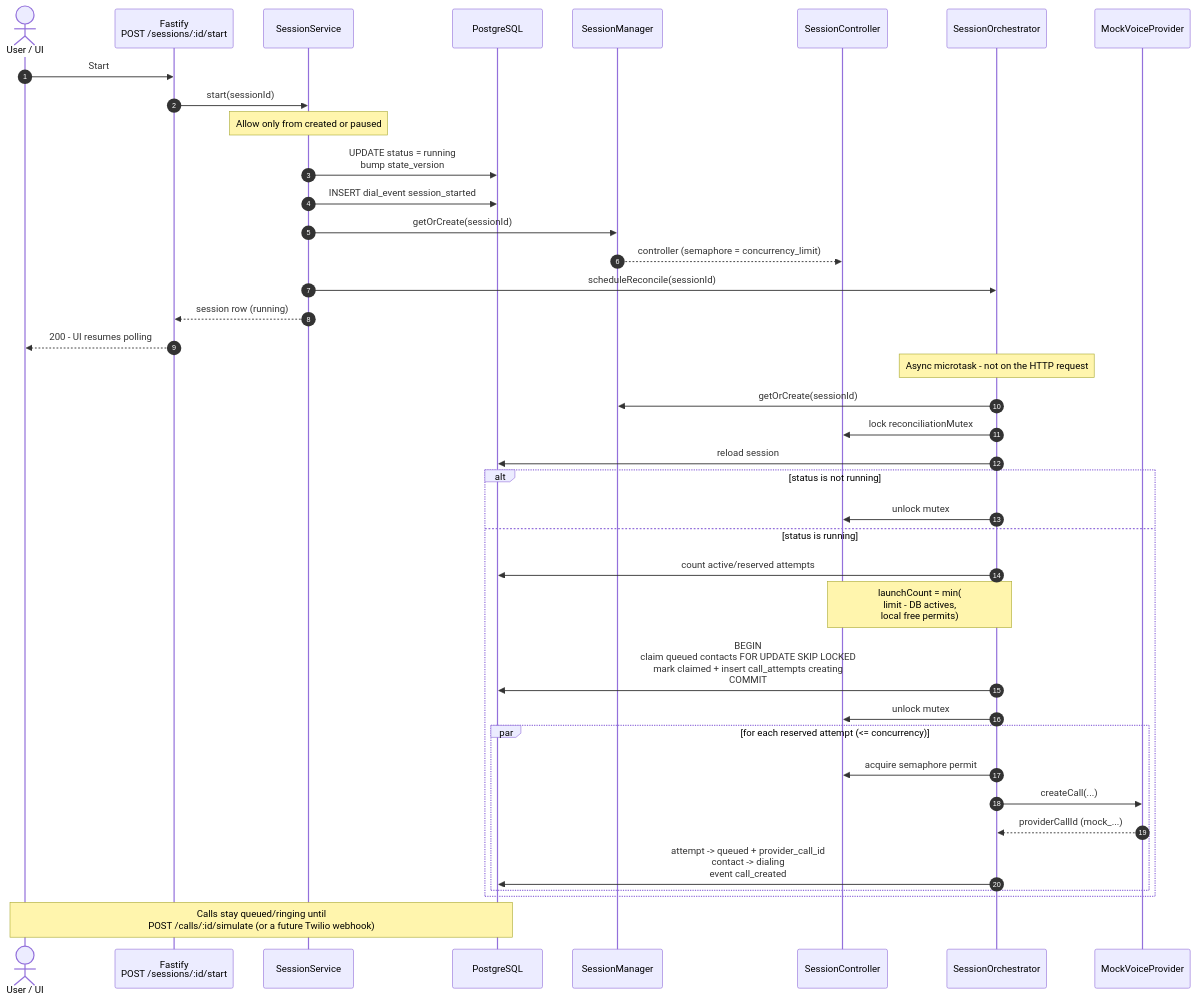
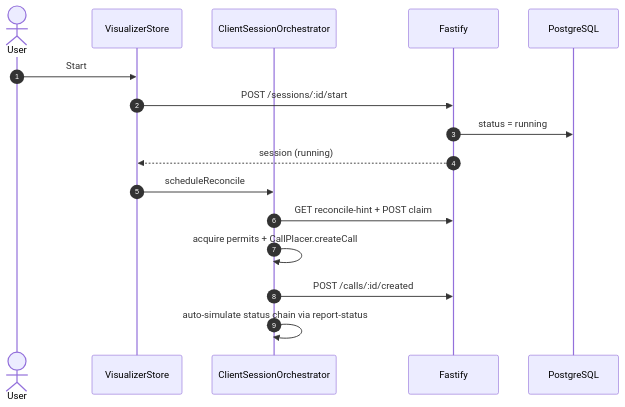
The fourth of 9 diagrams in docs/ARCHITECTURE.md (daniel-citrus/concurrent-outbound-dialer), drawn with Mermaid before and after one commit. The commit also changed other lines of this file and 30 other files, not shown here.

First line of the commit message:
Move dialing orchestration into the Svelte client and thin the Fastify API to a durable system of record.

````diff
--- a/docs/ARCHITECTURE.md
+++ b/docs/ARCHITECTURE.md
@@ -114,47 +222,19 @@
 ```mermaid
 sequenceDiagram
   autonumber
-  actor U as User / UI
-  participant API as Fastify<br/>POST /sessions/:id/start
-  participant Svc as SessionService
+  actor U as User
+  participant Store as VisualizerStore
+  participant Orch as ClientSessionOrchestrator
+  participant API as Fastify
   participant DB as PostgreSQL
-  participant SM as SessionManager
-  participant Ctrl as SessionController
-  participant Orch as SessionOrchestrator
-  participant VP as MockVoiceProvider
 
-  U->>API: Start
-  API->>Svc: start(sessionId)
-
-  Note over Svc: Allow only from created or paused
-  Svc->>DB: UPDATE status = running<br/>bump state_version
-  Svc->>DB: INSERT dial_event session_started
-  Svc->>SM: getOrCreate(sessionId)
-  SM-->>Ctrl: controller (semaphore = concurrency_limit)
-  Svc->>Orch: scheduleReconcile(sessionId)
-  Svc-->>API: session row (running)
-  API-->>U: 200 - UI resumes polling
-
-  Note over Orch: Async microtask - not on the HTTP request
-  Orch->>SM: getOrCreate(sessionId)
-  Orch->>Ctrl: lock reconciliationMutex
-
-  Orch->>DB: reload session
-  alt status is not running
-    Orch->>Ctrl: unlock mutex
-  else status is running
-    Orch->>DB: count active/reserved attempts
-    Note over Orch,Ctrl: launchCount = min(<br/>limit - DB actives,<br/>local free permits)
-    Orch->>DB: BEGIN<br/>claim queued contacts FOR UPDATE SKIP LOCKED<br/>mark claimed + insert call_attempts creating<br/>COMMIT
-    Orch->>Ctrl: unlock mutex
-
-    par for each reserved attempt (<= concurrency)
-      Orch->>Ctrl: acquire semaphore permit
-      Orch->>VP: createCall(...)
-      VP-->>Orch: providerCallId (mock_...)
-      Orch->>DB: attempt -> queued + provider_call_id<br/>contact -> dialing<br/>event call_created
-    end
-  end
-
-  Note over U,DB: Calls stay queued/ringing until<br/>POST /calls/:id/simulate (or a future Twilio webhook)
+  U->>Store: Start
+  Store->>API: POST /sessions/:id/start
+  API->>DB: status = running
+  API-->>Store: session (running)
+  Store->>Orch: scheduleReconcile
+  Orch->>API: GET reconcile-hint + POST claim
+  Orch->>Orch: acquire permits + CallPlacer.createCall
+  Orch->>API: POST /calls/:id/created
+  Orch->>Orch: auto-simulate status chain via report-status
 ```
````
